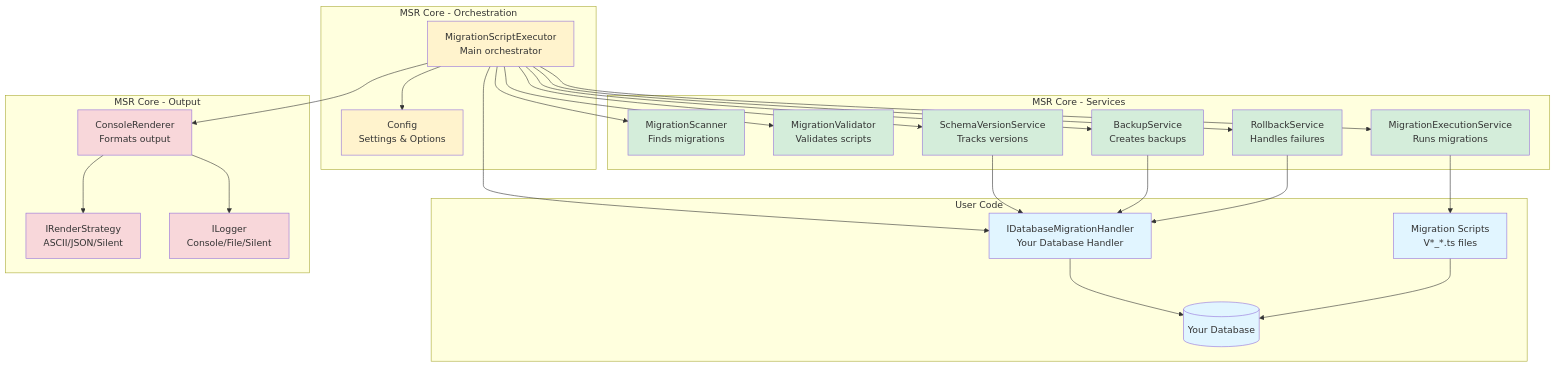
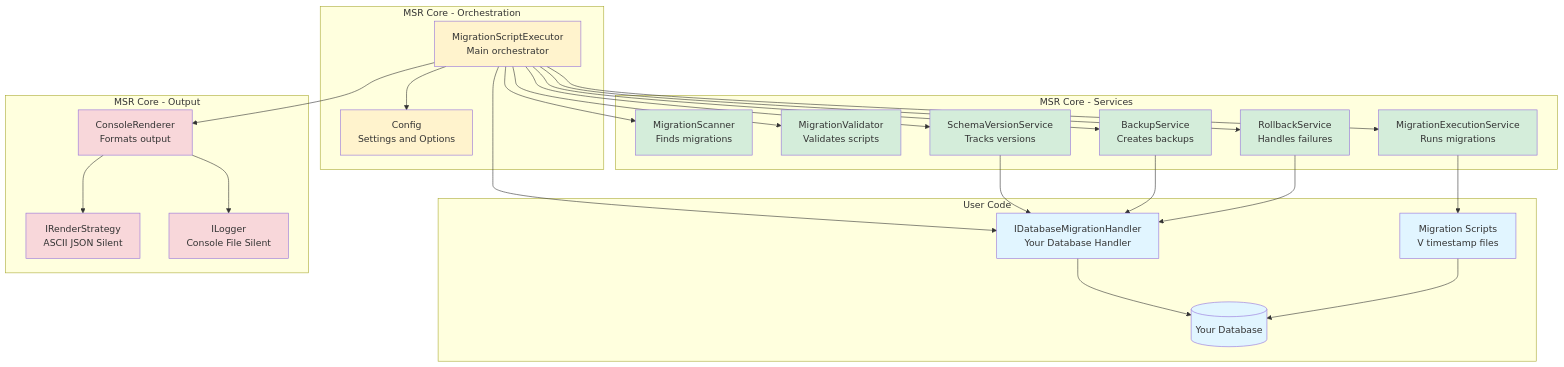
The diagram in docs/development/architecture/index.md (vlavrynovych/msr), drawn with Mermaid before and after one commit. The commit also changed 6 other files, not shown here.

First line of the commit message:
#64: Fix Mermaid diagram syntax for version 9.1.3 compatibility

````diff
--- a/docs/development/architecture/index.md
+++ b/docs/development/architecture/index.md
@@ -23,63 +23,63 @@
 ```mermaid
 graph TB
     subgraph "User Code"
         Handler[IDatabaseMigrationHandler<br/>Your Database Handler]
-        Migrations[Migration Scripts<br/>V*_*.ts files]
+        Migrations[Migration Scripts<br/>V timestamp files]
         UserDB[(Your Database)]
     end
 
     subgraph "MSR Core - Orchestration"
         Executor[MigrationScriptExecutor<br/>Main orchestrator]
-        Config[Config<br/>Settings & Options]
+        Config[Config<br/>Settings and Options]
     end
 
     subgraph "MSR Core - Services"
         Scanner[MigrationScanner<br/>Finds migrations]
         Validator[MigrationValidator<br/>Validates scripts]
         Backup[BackupService<br/>Creates backups]
         SchemaVersion[SchemaVersionService<br/>Tracks versions]
         Execution[MigrationExecutionService<br/>Runs migrations]
         Rollback[RollbackService<br/>Handles failures]
     end
 
     subgraph "MSR Core - Output"
         Renderer[ConsoleRenderer<br/>Formats output]
-        Strategy[IRenderStrategy<br/>ASCII/JSON/Silent]
-        Logger[ILogger<br/>Console/File/Silent]
+        Strategy[IRenderStrategy<br/>ASCII JSON Silent]
+        Logger[ILogger<br/>Console File Silent]
     end
 
     Executor --> Config
     Executor --> Handler
     Executor --> Scanner
     Executor --> Validator
     Executor --> Backup
     Executor --> SchemaVersion
     Executor --> Execution
     Executor --> Rollback
     Executor --> Renderer
 
     Handler --> UserDB
     Execution --> Migrations
     Migrations --> UserDB
     SchemaVersion --> Handler
     Backup --> Handler
     Rollback --> Handler
 
     Renderer --> Strategy
     Renderer --> Logger
 
     style Handler fill:#e1f5ff
     style Migrations fill:#e1f5ff
     style UserDB fill:#e1f5ff
     style Executor fill:#fff3cd
     style Config fill:#fff3cd
     style Scanner fill:#d4edda
     style Validator fill:#d4edda
     style Backup fill:#d4edda
     style SchemaVersion fill:#d4edda
     style Execution fill:#d4edda
     style Rollback fill:#d4edda
     style Renderer fill:#f8d7da
     style Strategy fill:#f8d7da
     style Logger fill:#f8d7da
 ```
````
